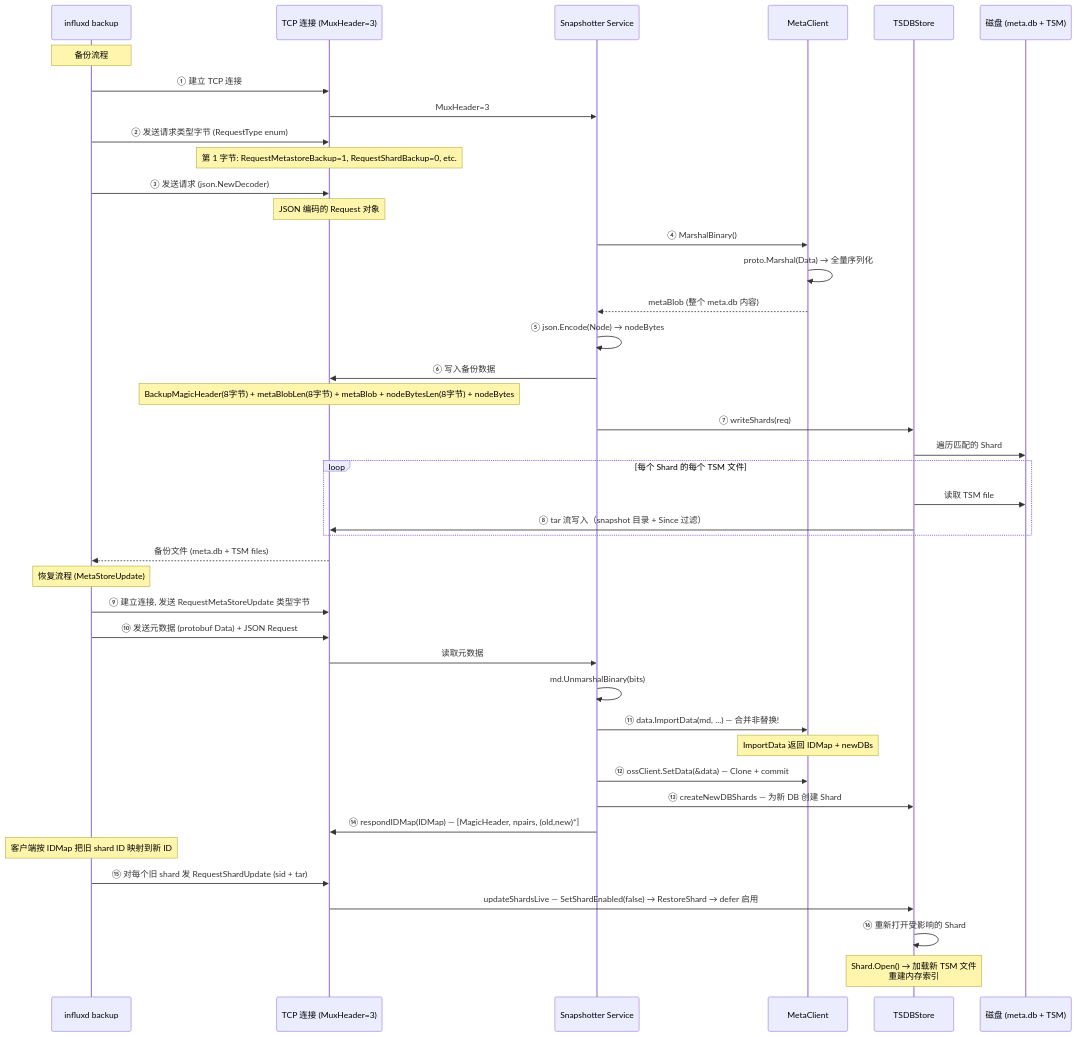
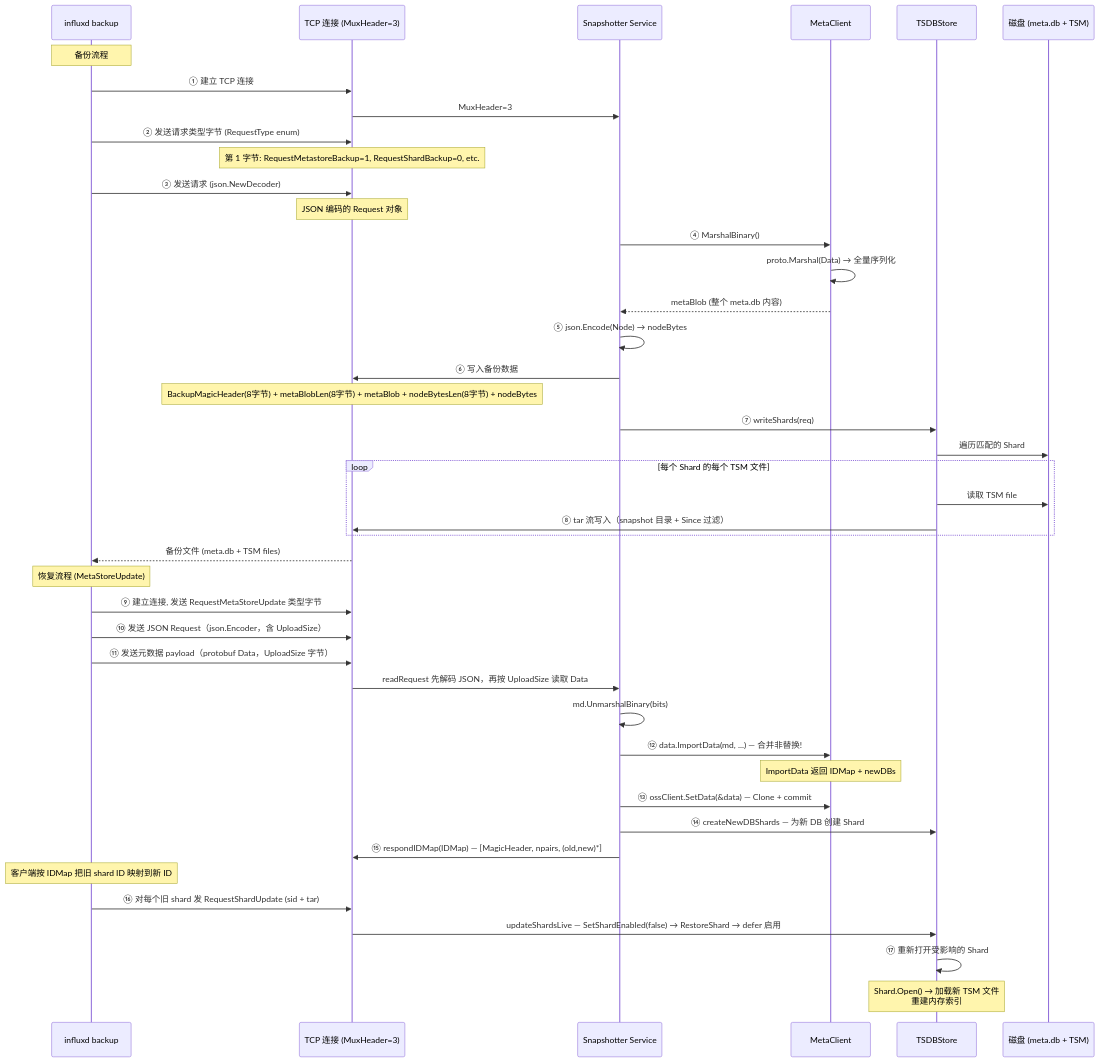
One commit to stefanv5/influxdb changed the tenth of 14 diagrams in docs/specs/07_state_machine_spec.md. Above: the diagram before and after it, drawn with Mermaid. The commit also changed other lines of this file and 18 other files, not shown here.

````diff
--- a/docs/specs/07_state_machine_spec.md
+++ b/docs/specs/07_state_machine_spec.md
@@ -1514,58 +1514,59 @@
 ```mermaid
 sequenceDiagram
     participant Client as influxd backup
     participant TCP as TCP 连接 (MuxHeader=3)
     participant SnapSvc as Snapshotter Service
     participant Meta as MetaClient
     participant TSDB as TSDBStore
     participant Disk as 磁盘 (meta.db + TSM)
 
     Note over Client: 备份流程
 
     Client->>TCP: ① 建立 TCP 连接
     TCP->>SnapSvc: MuxHeader=3
 
     Client->>TCP: ② 发送请求类型字节 (RequestType enum)
     Note over TCP: 第 1 字节: RequestMetastoreBackup=1, RequestShardBackup=0, etc.
 
     Client->>TCP: ③ 发送请求 (json.NewDecoder)
     Note over TCP: JSON 编码的 Request 对象
 
     SnapSvc->>Meta: ④ MarshalBinary()
     Meta->>Meta: proto.Marshal(Data) → 全量序列化
     Meta-->>SnapSvc: metaBlob (整个 meta.db 内容)
 
     SnapSvc->>SnapSvc: ⑤ json.Encode(Node) → nodeBytes
 
     SnapSvc->>TCP: ⑥ 写入备份数据
     Note over TCP: BackupMagicHeader(8字节) + metaBlobLen(8字节) + metaBlob + nodeBytesLen(8字节) + nodeBytes
 
     SnapSvc->>TSDB: ⑦ writeShards(req)
     TSDB->>Disk: 遍历匹配的 Shard
     loop 每个 Shard 的每个 TSM 文件
         TSDB->>Disk: 读取 TSM file
         TSDB->>TCP: ⑧ tar 流写入（snapshot 目录 + Since 过滤）
     end
 
     TCP-->>Client: 备份文件 (meta.db + TSM files)
 
     Note over Client: 恢复流程 (MetaStoreUpdate)
 
     Client->>TCP: ⑨ 建立连接, 发送 RequestMetaStoreUpdate 类型字节
-    Client->>TCP: ⑩ 发送元数据 (protobuf Data) + JSON Request
-    TCP->>SnapSvc: 读取元数据
+    Client->>TCP: ⑩ 发送 JSON Request（json.Encoder，含 UploadSize）
+    Client->>TCP: ⑪ 发送元数据 payload（protobuf Data，UploadSize 字节）
+    TCP->>SnapSvc: readRequest 先解码 JSON，再按 UploadSize 读取 Data
 
     SnapSvc->>SnapSvc: md.UnmarshalBinary(bits)
-    SnapSvc->>Meta: ⑪ data.ImportData(md, ...) — 合并非替换!
+    SnapSvc->>Meta: ⑫ data.ImportData(md, ...) — 合并非替换!
     Note over Meta: ImportData 返回 IDMap + newDBs
-    SnapSvc->>Meta: ⑫ ossClient.SetData(&data) — Clone + commit
-    SnapSvc->>TSDB: ⑬ createNewDBShards — 为新 DB 创建 Shard
-    SnapSvc->>TCP: ⑭ respondIDMap(IDMap) — [MagicHeader, npairs, (old,new)*]
+    SnapSvc->>Meta: ⑬ ossClient.SetData(&data) — Clone + commit
+    SnapSvc->>TSDB: ⑭ createNewDBShards — 为新 DB 创建 Shard
+    SnapSvc->>TCP: ⑮ respondIDMap(IDMap) — [MagicHeader, npairs, (old,new)*]
 
     Note over Client: 客户端按 IDMap 把旧 shard ID 映射到新 ID
-    Client->>TCP: ⑮ 对每个旧 shard 发 RequestShardUpdate (sid + tar)
+    Client->>TCP: ⑯ 对每个旧 shard 发 RequestShardUpdate (sid + tar)
     TCP->>TSDB: updateShardsLive — SetShardEnabled(false) → RestoreShard → defer 启用
 
-    TSDB->>TSDB: ⑯ 重新打开受影响的 Shard
+    TSDB->>TSDB: ⑰ 重新打开受影响的 Shard
     Note over TSDB: Shard.Open() → 加载新 TSM 文件<br>重建内存索引
 ```
````
